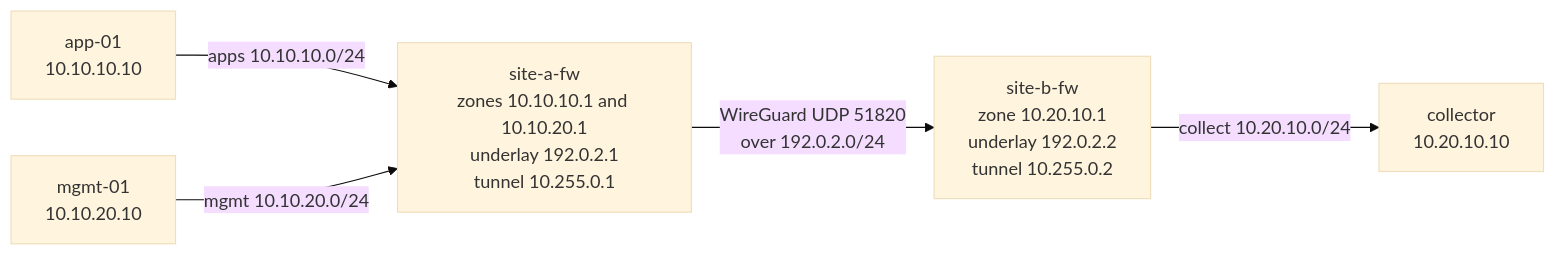
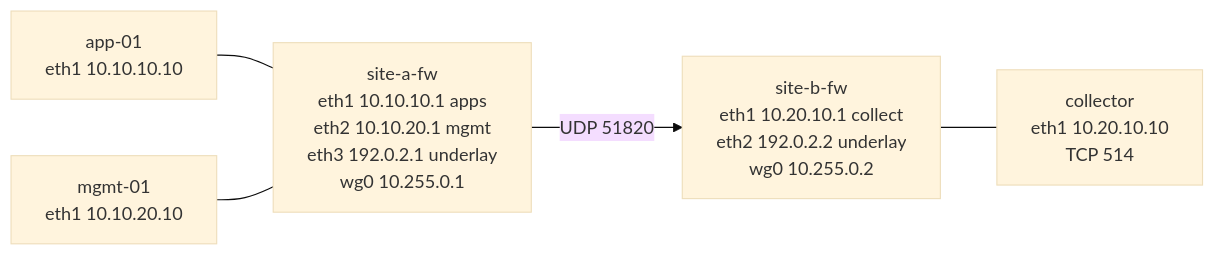
Before and after one commit to Douglasdadog/hm-network-home-lab: the diagram in docs/topology.md, drawn with Mermaid (base theme). The commit also changed other lines of this file and 2 other files, not shown here.

First line of the commit message:
Match the topology diagram to the running lab.

````diff
--- a/docs/topology.md
+++ b/docs/topology.md
@@ -7,13 +9,13 @@
 ```mermaid
 flowchart LR
-  app01["app-01<br/>10.10.10.10"]
-  mgmt01["mgmt-01<br/>10.10.20.10"]
-  fwA["site-a-fw<br/>zones 10.10.10.1 and 10.10.20.1<br/>underlay 192.0.2.1<br/>tunnel 10.255.0.1"]
-  fwB["site-b-fw<br/>zone 10.20.10.1<br/>underlay 192.0.2.2<br/>tunnel 10.255.0.2"]
-  col["collector<br/>10.20.10.10"]
+  app01["app-01<br/>eth1 10.10.10.10"]
+  mgmt01["mgmt-01<br/>eth1 10.10.20.10"]
+  fwA["site-a-fw<br/>eth1 10.10.10.1 apps<br/>eth2 10.10.20.1 mgmt<br/>eth3 192.0.2.1 underlay<br/>wg0 10.255.0.1"]
+  fwB["site-b-fw<br/>eth1 10.20.10.1 collect<br/>eth2 192.0.2.2 underlay<br/>wg0 10.255.0.2"]
+  col["collector<br/>eth1 10.20.10.10<br/>TCP 514"]
 
-  app01 -->|"apps 10.10.10.0/24"| fwA
-  mgmt01 -->|"mgmt 10.10.20.0/24"| fwA
-  fwA -->|"WireGuard UDP 51820<br/>over 192.0.2.0/24"| fwB
-  fwB -->|"collect 10.20.10.0/24"| col
+  app01 --- fwA
+  mgmt01 --- fwA
+  fwA -->|"UDP 51820"| fwB
+  fwB --- col
 ```
````
